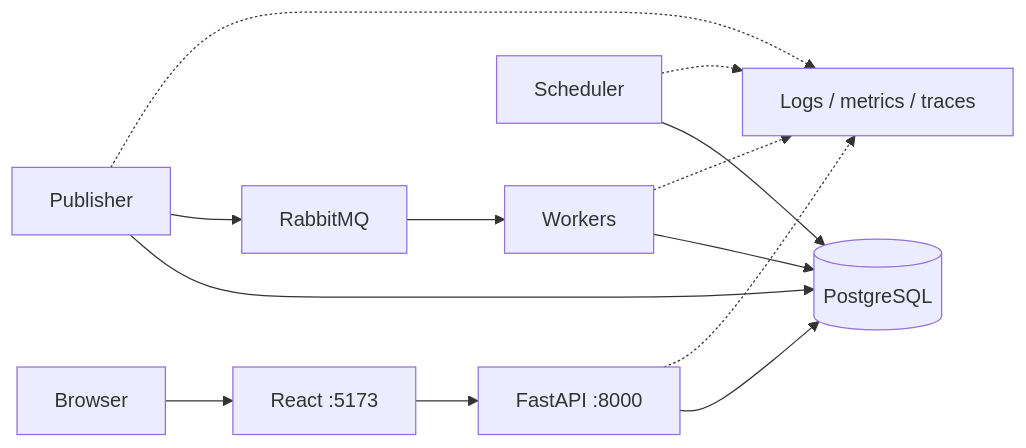
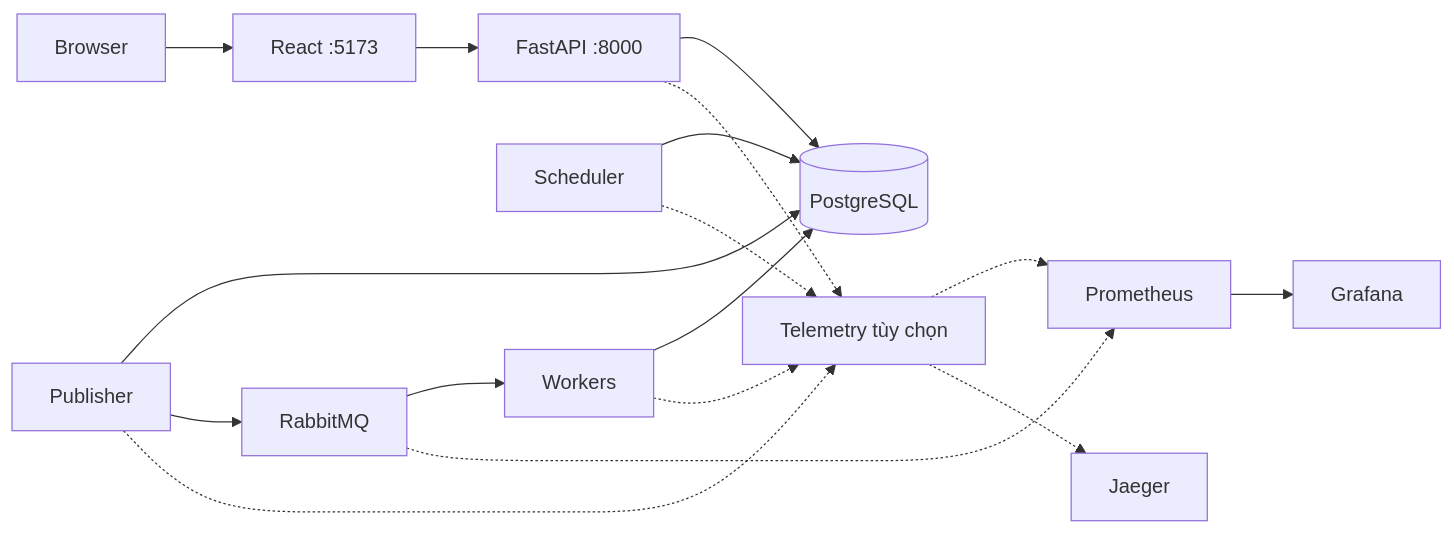
The second of 9 diagrams in docs/architecture/README.md (hung-it/Flow_Forge), drawn with Mermaid before and after one commit. The commit also changed other lines of this file and 32 other files, not shown here.

````diff
--- a/docs/architecture/README.md
+++ b/docs/architecture/README.md
@@ -19,15 +19,19 @@
 ```mermaid
 flowchart LR
   Browser --> Web[React :5173]
   Web --> API[FastAPI :8000]
   API --> DB[(PostgreSQL)]
   Scheduler --> DB
   Publisher --> DB
   Publisher --> MQ[RabbitMQ]
   MQ --> Workers
   Workers --> DB
-  API -.-> O[Logs / metrics / traces]
+  API -.-> O[Telemetry tùy chọn]
   Scheduler -.-> O
   Publisher -.-> O
   Workers -.-> O
+  MQ -.-> P[Prometheus]
+  O -.-> P
+  P --> G[Grafana]
+  O -.-> J[Jaeger]
 ```
````
